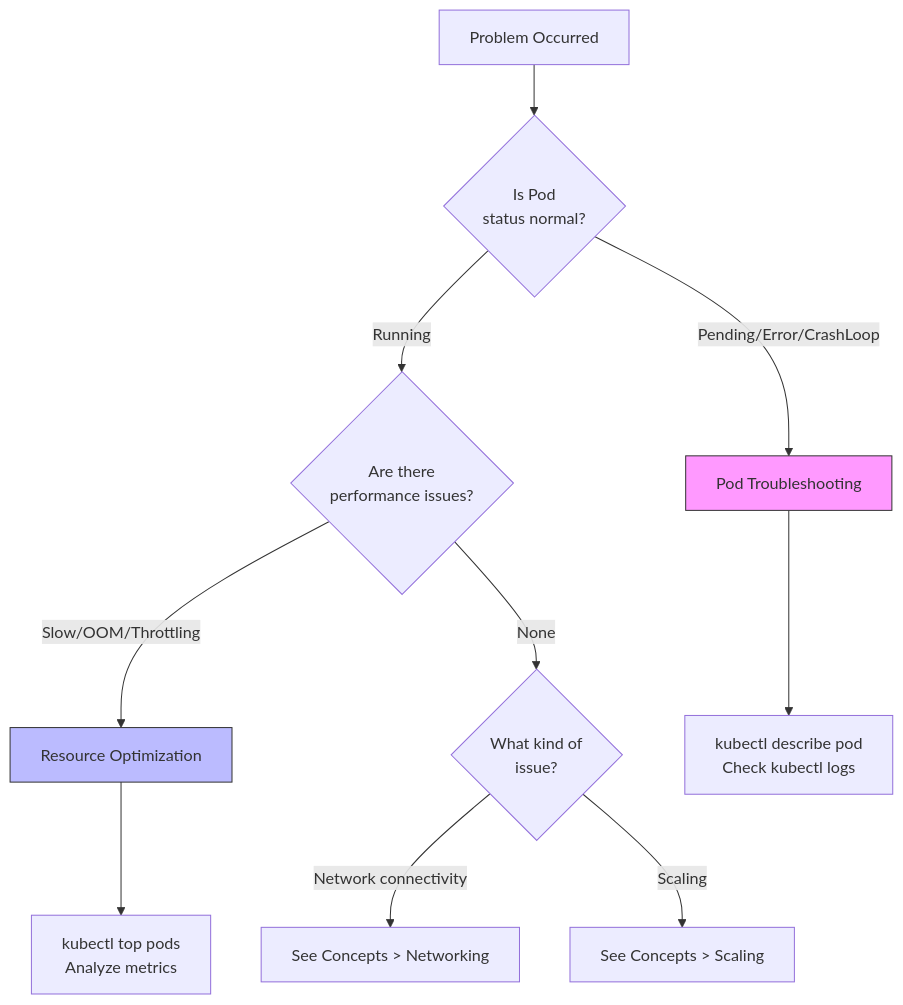
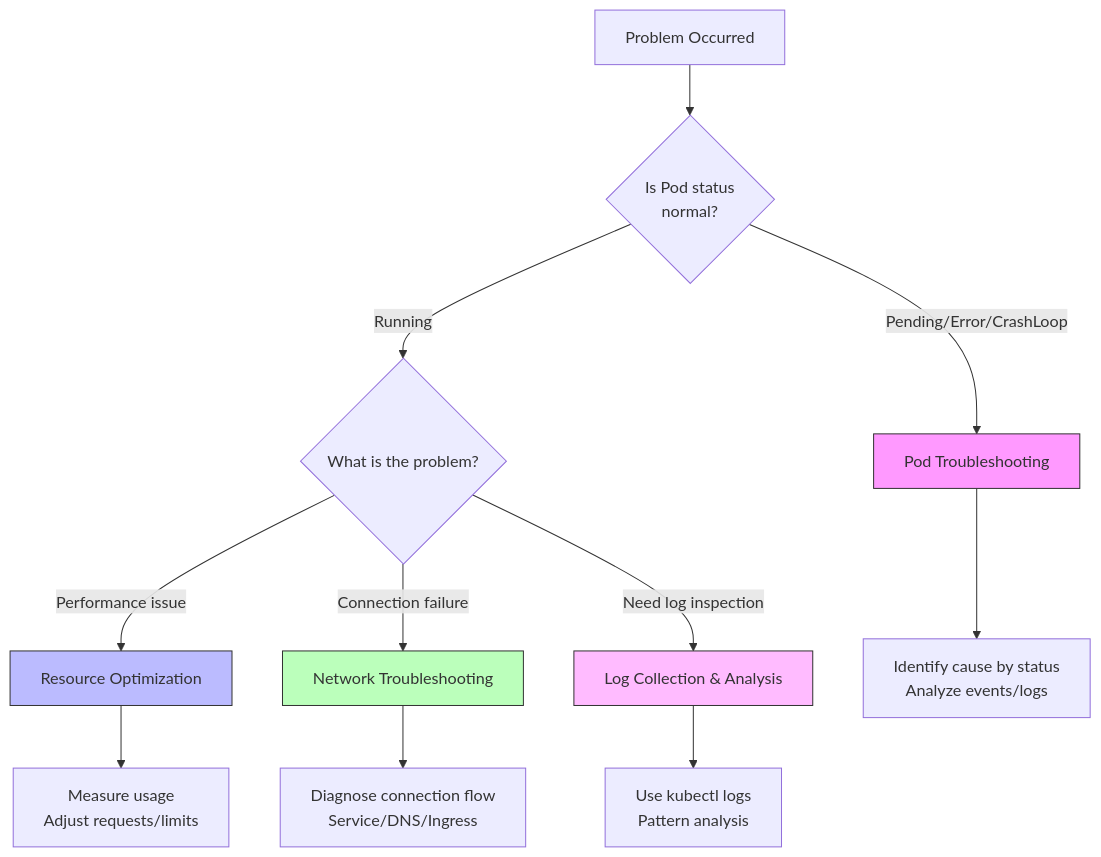
Before and after one commit to advanced-beginner/advanced-beginner.github.io: the diagram in content/en/docs/kubernetes/howto/_index.md, drawn with Mermaid. The commit also changed other lines of this file and 9 other files, not shown here.

````diff
--- a/content/en/docs/kubernetes/howto/_index.md
+++ b/content/en/docs/kubernetes/howto/_index.md
@@ -17,19 +17,21 @@
 ```mermaid
 flowchart TD
-    START[Problem Occurred] --> Q1{Is Pod<br>status normal?}
+    START[Problem Occurred] --> Q1{Is Pod status<br>normal?}
 
     Q1 -->|Pending/Error/CrashLoop| A[Pod Troubleshooting]
-    Q1 -->|Running| Q2{Are there<br>performance issues?}
+    Q1 -->|Running| Q2{What is the problem?}
 
-    Q2 -->|Slow/OOM/Throttling| B[Resource Optimization]
-    Q2 -->|None| Q3{What kind of<br>issue?}
+    Q2 -->|Performance issue| B[Resource Optimization]
+    Q2 -->|Connection failure| C[Network Troubleshooting]
+    Q2 -->|Need log inspection| D[Log Collection & Analysis]
 
-    Q3 -->|Network connectivity| C["See Concepts > Networking"]
-    Q3 -->|Scaling| D["See Concepts > Scaling"]
-
-    A --> A1["kubectl describe pod<br>Check kubectl logs"]
-    B --> B1["kubectl top pods<br>Analyze metrics"]
+    A --> A1["Identify cause by status<br>Analyze events/logs"]
+    B --> B1["Measure usage<br>Adjust requests/limits"]
+    C --> C1["Diagnose connection flow<br>Service/DNS/Ingress"]
+    D --> D1["Use kubectl logs<br>Pattern analysis"]
 
     style A fill:#f9f,stroke:#333
     style B fill:#bbf,stroke:#333
+    style C fill:#bfb,stroke:#333
+    style D fill:#fbf,stroke:#333
 ```
````
